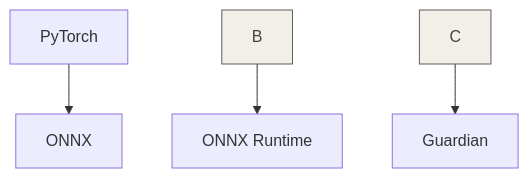
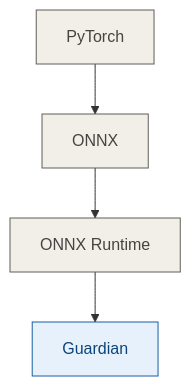
The third of 6 diagrams in README.md (Queenrahinee-debug/Local-AI-Guardian), drawn with Mermaid before and after one commit. The commit also changed other lines of this file and 11 other files, not shown here.

````diff
--- a/README.md
+++ b/README.md
@@ -238,12 +247,12 @@
 ```mermaid
 flowchart TD
-    A\[PyTorch] --> B\[ONNX]
-    B --> C\[ONNX Runtime]
-    C --> D\[Guardian]
+    A[PyTorch] --> B[ONNX]
+    B --> C[ONNX Runtime]
+    C --> D[Guardian]
 
     classDef gray fill:#F1EFE8,stroke:#5F5E5A,color:#444441
     classDef blue fill:#E6F1FB,stroke:#185FA5,color:#0C447C
 
     class A,B,C gray
     class D blue
 ```
````
